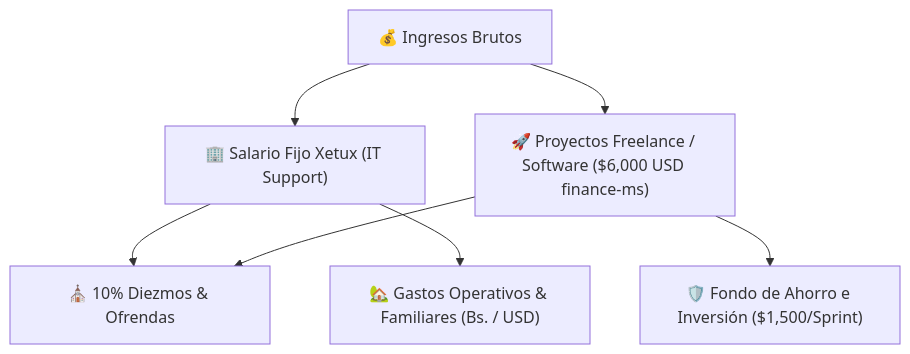
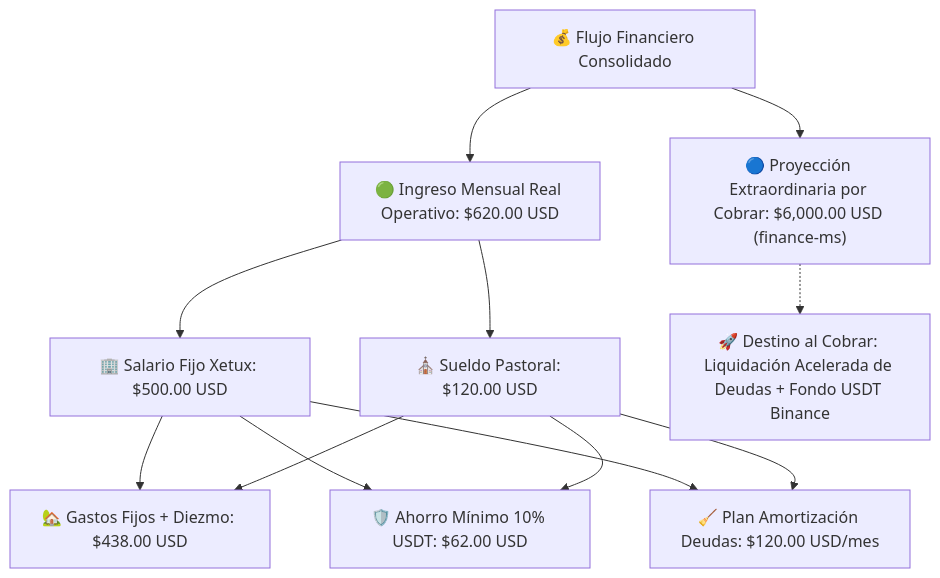
Before and after one commit to vmontoyasmtop/2brain-vmontoya: the diagram in wiki/finanzas/plan-financiero-2026.md, drawn with Mermaid. The commit also changed other lines of this file and 4 other files, not shown here.

Commit message:
docs(finanzas): reestructurar plan financiero conservador sin contar con dinero no cobrado de finance-ms [2026-09-16]

````diff
--- a/wiki/finanzas/plan-financiero-2026.md
+++ b/wiki/finanzas/plan-financiero-2026.md
@@ -38,11 +38,14 @@
 ```mermaid
 flowchart TD
-    A["💰 Ingresos Brutos"] --> B["🏢 Salario Fijo Xetux (IT Support)"]
-    A --> C["🚀 Proyectos Freelance / Software ($6,000 USD finance-ms)"]
+    A["💰 Flujo Financiero Consolidado"] --> B["🟢 Ingreso Mensual Real Operativo: $620.00 USD"]
+    A --> C["🔵 Proyección Extraordinaria por Cobrar: $6,000.00 USD (finance-ms)"]
     
-    B --> D["⛪ 10% Diezmos & Ofrendas"]
-    C --> D
+    B --> D["🏢 Salario Fijo Xetux: $500.00 USD"]
+    B --> E["⛪ Sueldo Pastoral: $120.00 USD"]
     
-    B --> E["🏡 Gastos Operativos & Familiares (Bs. / USD)"]
-    C --> F["🛡️ Fondo de Ahorro e Inversión ($1,500/Sprint)"]
+    D & E --> F["🏡 Gastos Fijos + Diezmo: $438.00 USD"]
+    D & E --> G["🛡️ Ahorro Mínimo 10% USDT: $62.00 USD"]
+    D & E --> H["🧹 Plan Amortización Deudas: $120.00 USD/mes"]
+    
+    C -.-> I["🚀 Destino al Cobrar: Liquidación Acelerada de Deudas + Fondo USDT Binance"]
 ```
````
